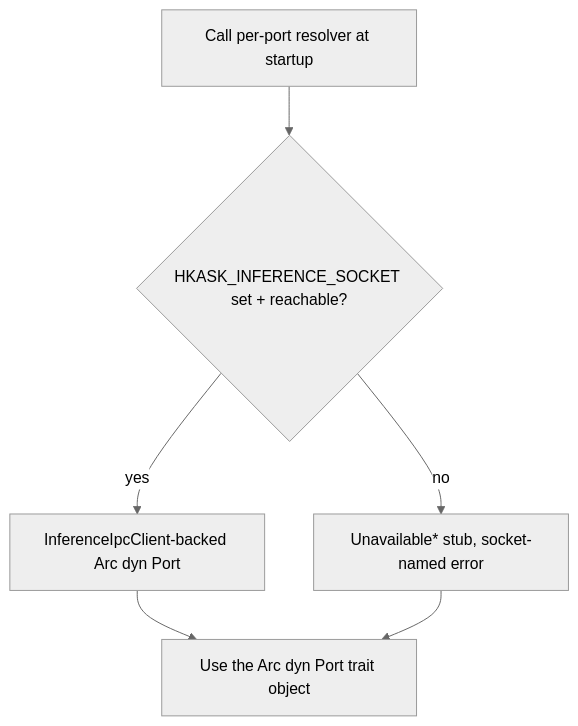
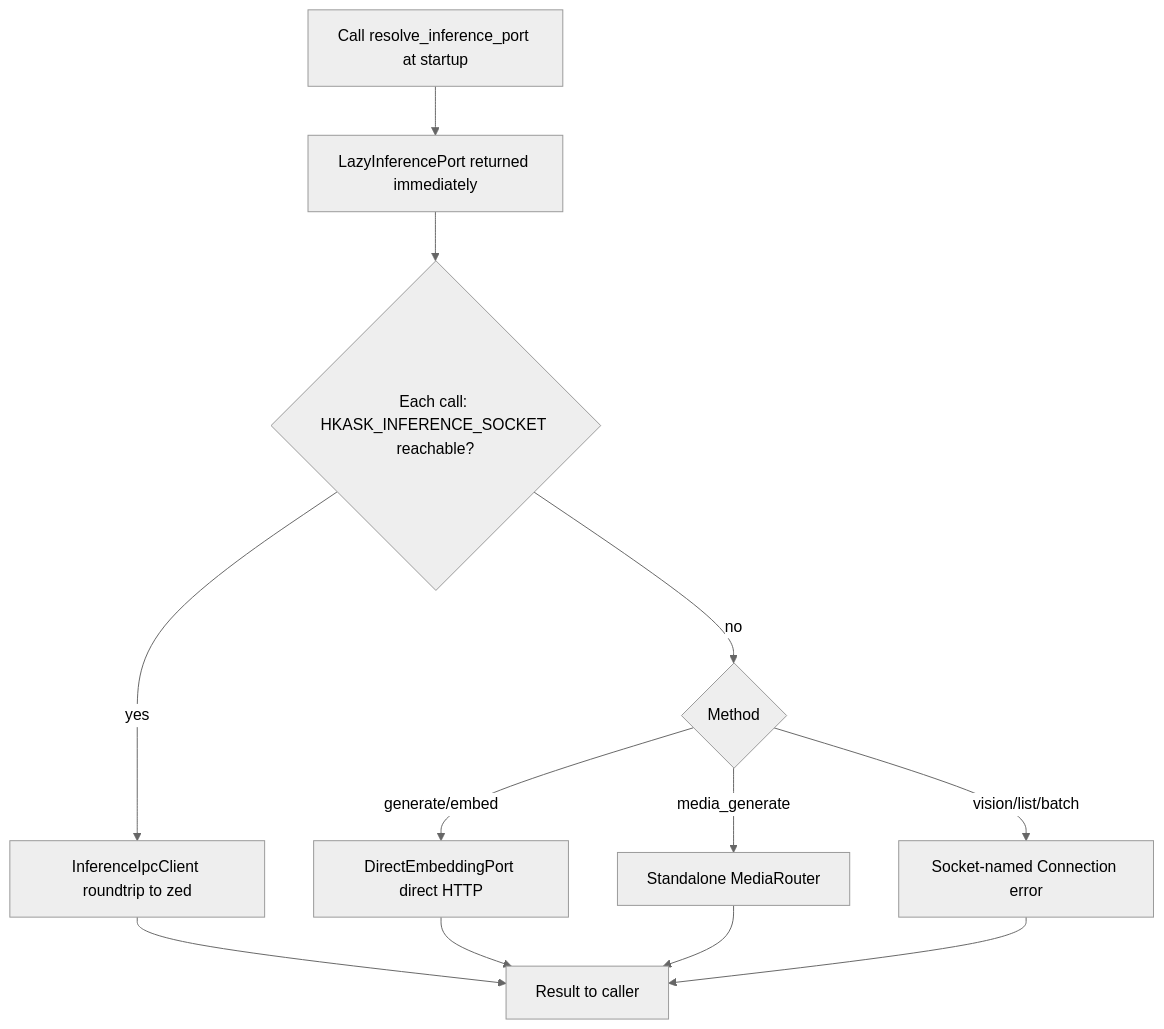
Before and after one commit to mdz-axo/zed-kask: the first of 2 diagrams in kask/docs/diataxis/hkask-inference/how-to.md, drawn with Mermaid (neutral theme). The commit also changed other lines of this file and 41 other files, not shown here.

First line of the commit message:
Sync docs with native-KDF storage and lazy inference fallbacks

````diff
--- a/kask/docs/diataxis/hkask-inference/how-to.md
+++ b/kask/docs/diataxis/hkask-inference/how-to.md
@@ -54,8 +55,14 @@
 ```mermaid
 flowchart TD
-    A[Call per-port resolver at startup] --> B{HKASK_INFERENCE_SOCKET set + reachable?}
-    B -- yes --> C[InferenceIpcClient-backed Arc dyn Port]
-    B -- no --> D[Unavailable* stub, socket-named error]
-    C --> E[Use the Arc dyn Port trait object]
-    D --> E
+    A[Call resolve_inference_port at startup] --> B[LazyInferencePort returned immediately]
+    B --> C{Each call: HKASK_INFERENCE_SOCKET reachable?}
+    C -- yes --> D[InferenceIpcClient roundtrip to zed]
+    C -- no --> E{Method}
+    E -- generate/embed --> F[DirectEmbeddingPort direct HTTP]
+    E -- media_generate --> G[Standalone MediaRouter]
+    E -- vision/list/batch --> H[Socket-named Connection error]
+    D --> I[Result to caller]
+    F --> I
+    G --> I
+    H --> I
 ```
````
